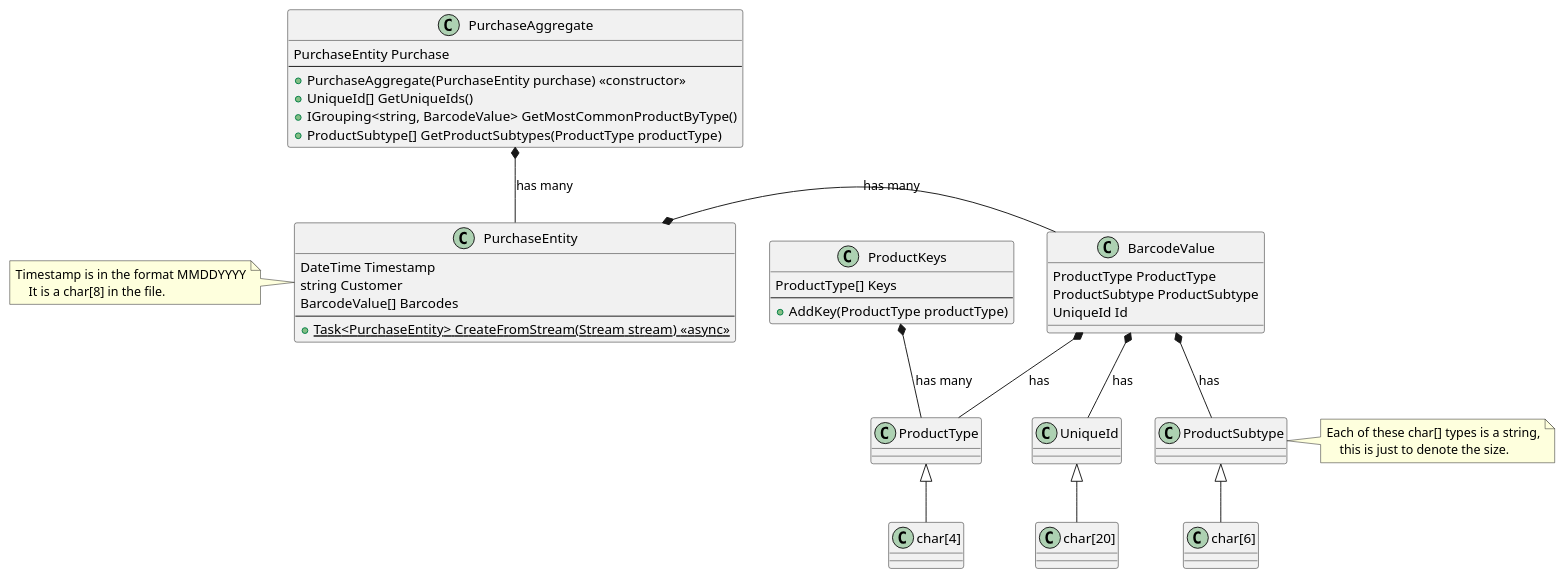
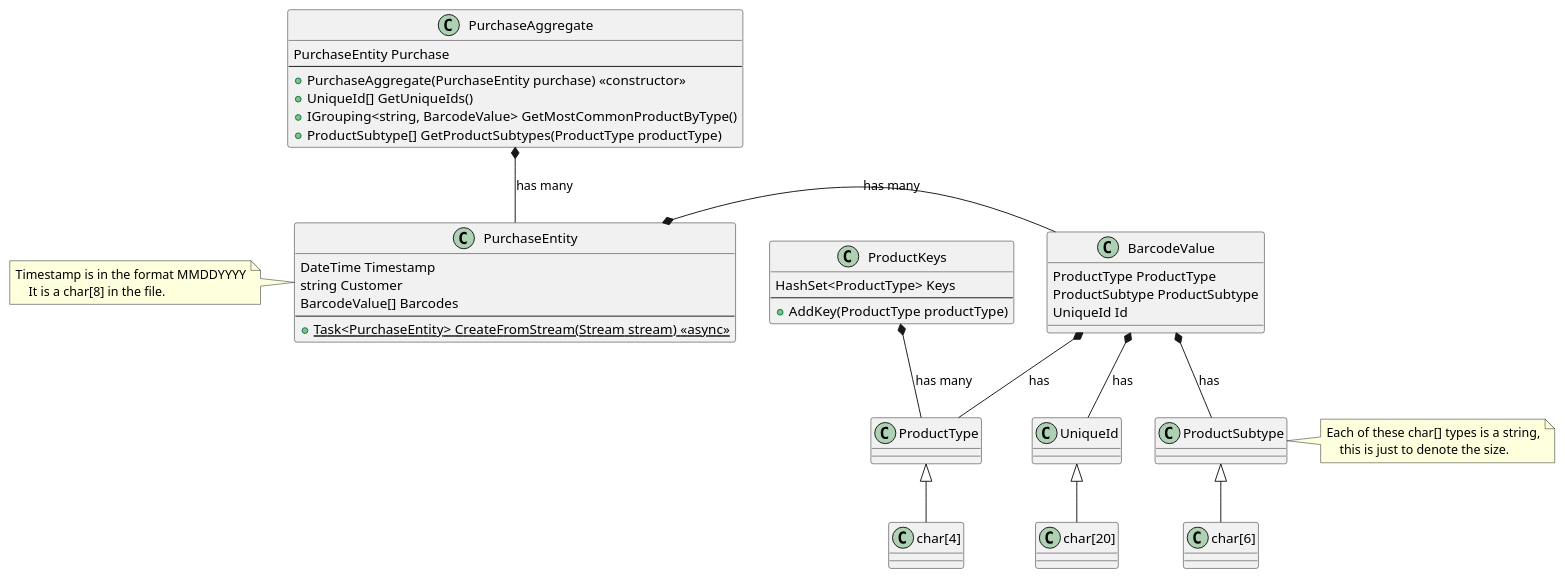
The diagram in docs/classStructure.puml (aholmes/2020-InterviewRound3), drawn with PlantUML before and after one commit. The commit also changed 5 other files, not shown here.

```diff
--- a/docs/classStructure.puml
+++ b/docs/classStructure.puml
@@ -1,64 +1,64 @@
 @startuml
 
 '01232020Jamie
 'BEVGTTKYGDGJHGTFBNGDVZJGDIPXVS
 'CANFDNSKAVOUXSCGSYBHQYHNMDQOBL
 'FRZNQQNPSESCHIMIXOUHNAWLXRZEPT
 'BEVGZYUFGNIHDCZIPWLZJLPDSGNEAH
 
 class ProductKeys {
-    ProductType[] Keys
+    HashSet<ProductType> Keys
     --
     +AddKey(ProductType productType)
 }
 
 class PurchaseEntity {
     DateTime Timestamp
     string Customer
     BarcodeValue[] Barcodes
     --
     {static} +Task<PurchaseEntity> CreateFromStream(Stream stream) <<async>>
 }
 note left
 Timestamp is in the format MMDDYYYY
     It is a char[8] in the file.
 end note
 
 class PurchaseAggregate {
     PurchaseEntity Purchase
     --
     +PurchaseAggregate(PurchaseEntity purchase) <<constructor>>
     +UniqueId[] GetUniqueIds()
     +IGrouping<string, BarcodeValue> GetMostCommonProductByType()
     +ProductSubtype[] GetProductSubtypes(ProductType productType)
 }
 
 class "char[4]" as char4
 class "char[6]" as char6
 class "char[20]" as char20
 
 ProductType <|-- char4
 ProductSubtype <|-- char6
 UniqueId <|-- char20
 note right of ProductSubtype
 Each of these char[] types is a string,
     this is just to denote the size.
 end note
 
 class BarcodeValue {
     ProductType ProductType
     ProductSubtype ProductSubtype
     UniqueId Id
 }
 
 BarcodeValue *-- ProductType : has
 BarcodeValue *-- ProductSubtype : has
 BarcodeValue *-- UniqueId : has
 
 ProductKeys *-- ProductType : has many
 
 PurchaseEntity *- BarcodeValue : has many
 
 PurchaseAggregate *-- PurchaseEntity : has many
 
 @enduml
```
